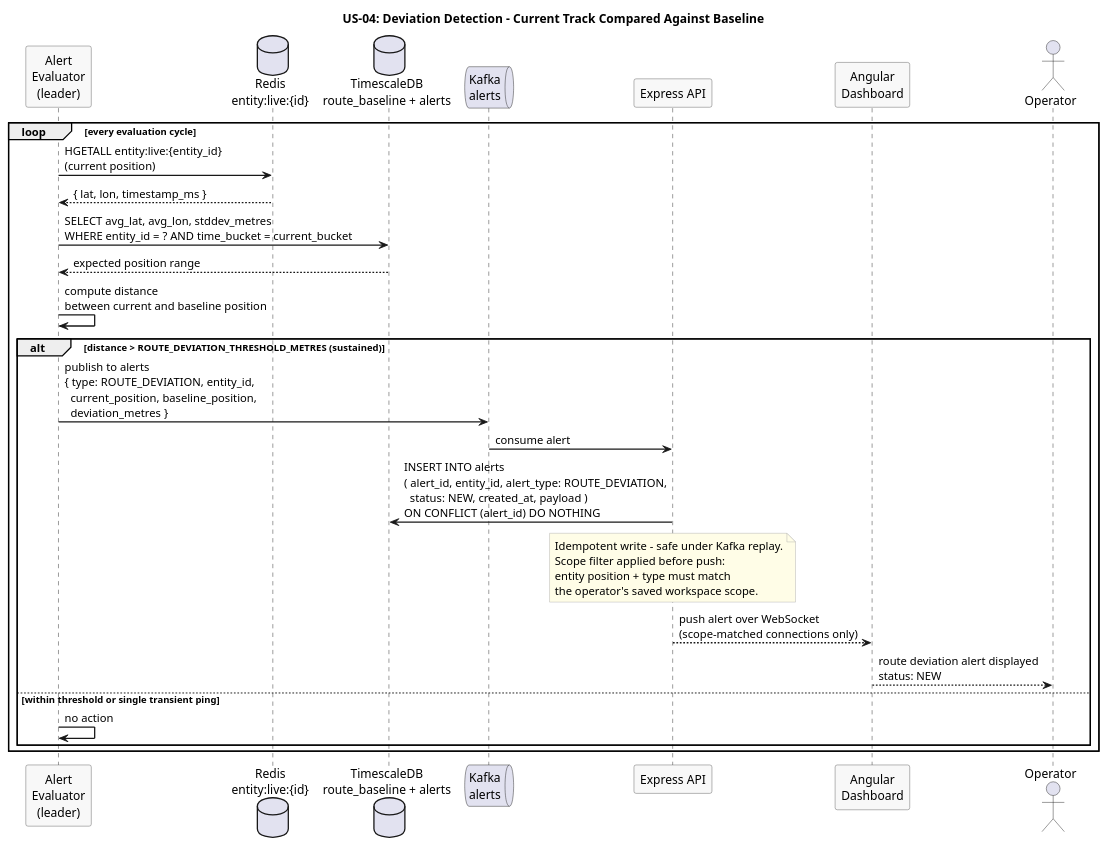
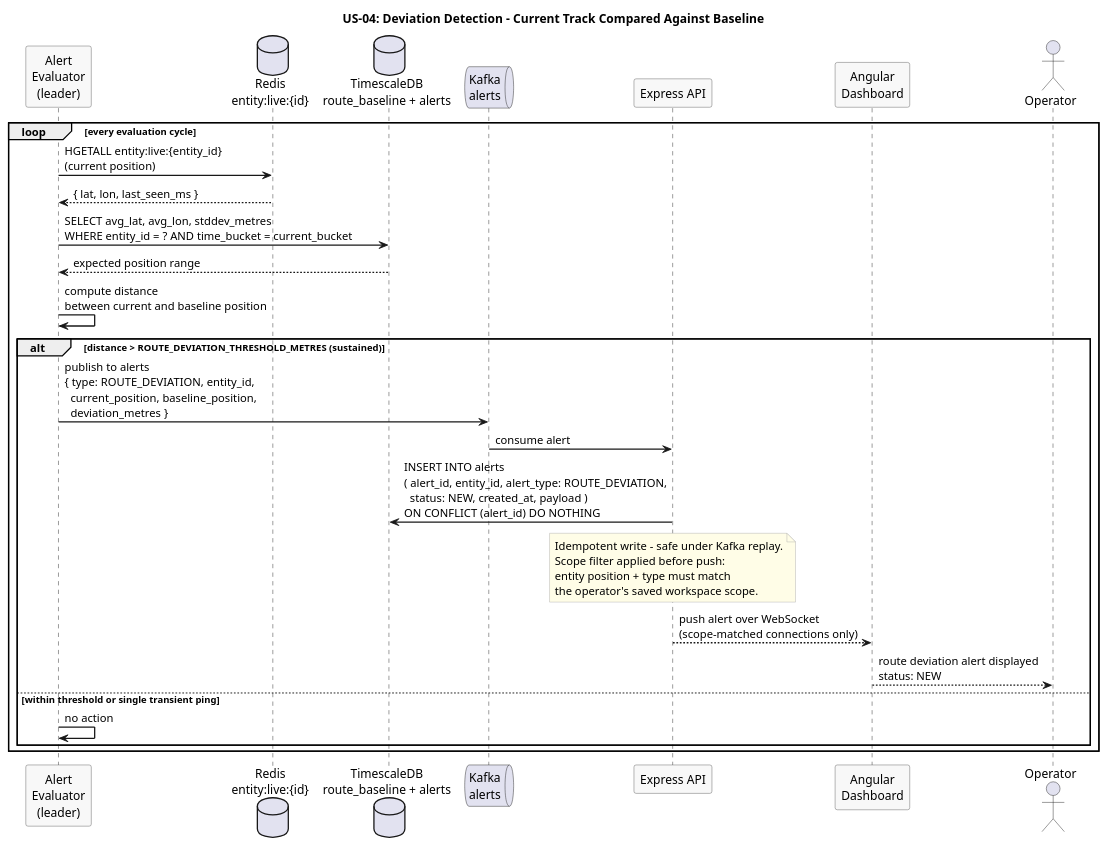
Before and after one commit to Buffden/sentinel: the diagram in docs/use-cases/US-04-route-deviation-alert/deviation-detection.puml, drawn with PlantUML. The commit also changed 7 other files, not shown here.

First line of the commit message:
docs: replace timestamp_ms with last_seen_ms in Redis hash contexts across flow diagrams

```diff
--- a/docs/use-cases/US-04-route-deviation-alert/deviation-detection.puml
+++ b/docs/use-cases/US-04-route-deviation-alert/deviation-detection.puml
@@ -1,44 +1,44 @@
 @startuml deviation-detection
 title US-04: Deviation Detection - Current Track Compared Against Baseline
 
 skinparam sequenceArrowThickness 1.5
 skinparam participantBorderColor #555555
 skinparam participantBackgroundColor #F8F8F8
 skinparam noteBorderColor #AAAAAA
 skinparam noteBackgroundColor #FFFDE7
 
 participant "Alert\nEvaluator\n(leader)" as Evaluator
 database "Redis\nentity:live:{id}" as Redis
 database "TimescaleDB\nroute_baseline + alerts" as Baseline
 queue "Kafka\nalerts" as Kafka
 participant "Express API" as API
 participant "Angular\nDashboard" as Dashboard
 actor Operator
 
 loop every evaluation cycle
   Evaluator -> Redis : HGETALL entity:live:{entity_id}\n(current position)
-  Redis --> Evaluator : { lat, lon, timestamp_ms }
+  Redis --> Evaluator : { lat, lon, last_seen_ms }
 
   Evaluator -> Baseline : SELECT avg_lat, avg_lon, stddev_metres\nWHERE entity_id = ? AND time_bucket = current_bucket
   Baseline --> Evaluator : expected position range
 
   Evaluator -> Evaluator : compute distance\nbetween current and baseline position
 
   alt distance > ROUTE_DEVIATION_THRESHOLD_METRES (sustained)
     Evaluator -> Kafka : publish to alerts\n{ type: ROUTE_DEVIATION, entity_id,\n  current_position, baseline_position,\n  deviation_metres }
     Kafka -> API : consume alert
     API -> Baseline : INSERT INTO alerts\n( alert_id, entity_id, alert_type: ROUTE_DEVIATION,\n  status: NEW, created_at, payload )\nON CONFLICT (alert_id) DO NOTHING
     note over API
       Idempotent write - safe under Kafka replay.
       Scope filter applied before push:
       entity position + type must match
       the operator's saved workspace scope.
     end note
     API --> Dashboard : push alert over WebSocket\n(scope-matched connections only)
     Dashboard --> Operator : route deviation alert displayed\nstatus: NEW
   else within threshold or single transient ping
     Evaluator -> Evaluator : no action
   end
 end
 
 @enduml
```
